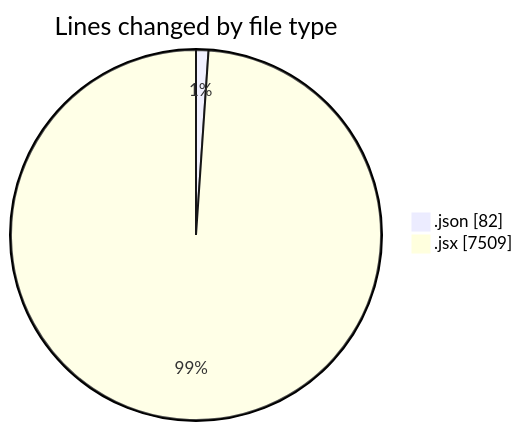
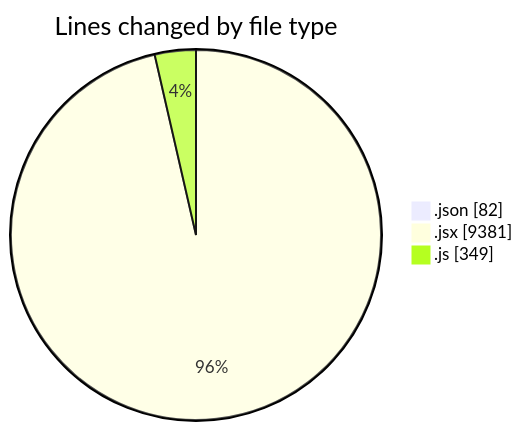
Before and after one commit to nxtqubesakshisongat/code-tracking: the first of 2 diagrams in 2026-11-18/nashik-misal-queue/README.md, drawn with Mermaid. The commit also changed other lines of this file and 1 other file, not shown here.

````diff
--- a/2026-11-18/nashik-misal-queue/README.md
+++ b/2026-11-18/nashik-misal-queue/README.md
@@ -28,6 +52,7 @@
 ```mermaid
 pie showData
 title Lines changed by file type
 ".json" : 82
-".jsx" : 7509
+".jsx" : 9381
+".js" : 349
 ```
````
